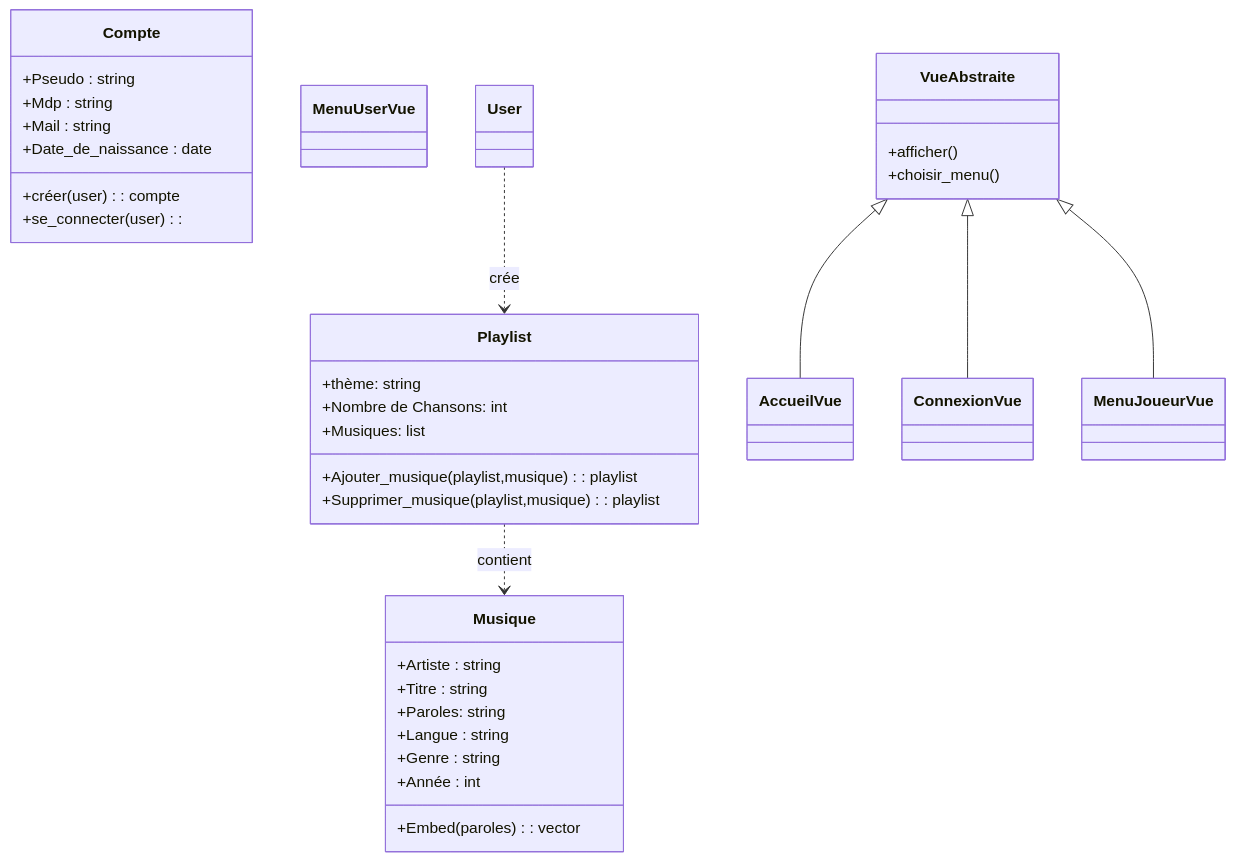
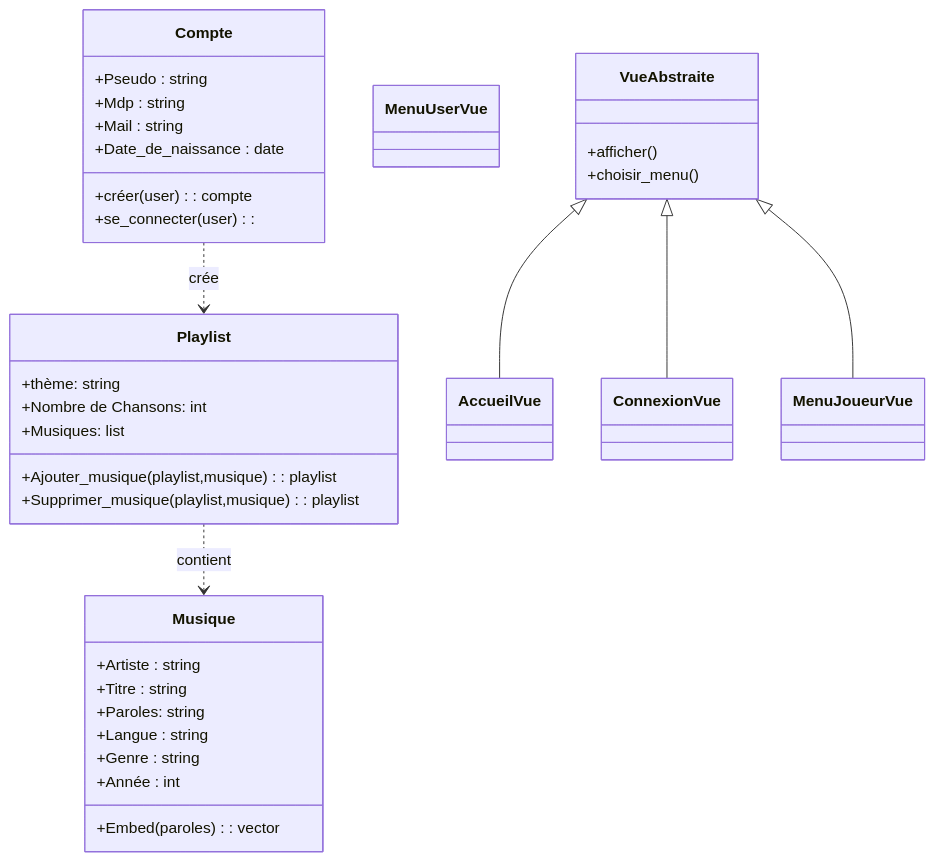
Before and after one commit to luteceagn/ENSAI-Projet-info-2A: the diagram in doc/tracking/diag_classes.md, drawn with Mermaid.

Commit message:
modification diagramme classes

````diff
--- a/doc/tracking/diag_classes.md
+++ b/doc/tracking/diag_classes.md
@@ -3,49 +3,49 @@
 ```mermaid
 classDiagram
     class Playlist {
         +thème: string
         +Nombre de Chansons: int
         +Musiques: list
         +Ajouter_musique(playlist,musique): playlist
         +Supprimer_musique(playlist,musique): playlist
     }
     
     class Compte {
         +Pseudo : string
         +Mdp : string
         +Mail : string
         +Date_de_naissance : date
         +créer(user): compte
         +se_connecter(user):     
     }
     
     class Musique {
         +Artiste : string
         +Titre : string
         +Paroles: string
         +Langue : string
         +Genre : string
         +Année : int
         +Embed(paroles): vector
     }
 
     class AccueilVue {
     }
     
     class ConnexionVue {
     }
 
     class MenuUserVue {
     }
 
     class VueAbstraite{
       +afficher()
       +choisir_menu()
     }
 
     VueAbstraite <|-- AccueilVue
     VueAbstraite <|-- ConnexionVue
     VueAbstraite <|-- MenuJoueurVue
-    User ..> Playlist: crée
+    Compte ..> Playlist: crée
     Playlist ..> Musique: contient
 ```
````
